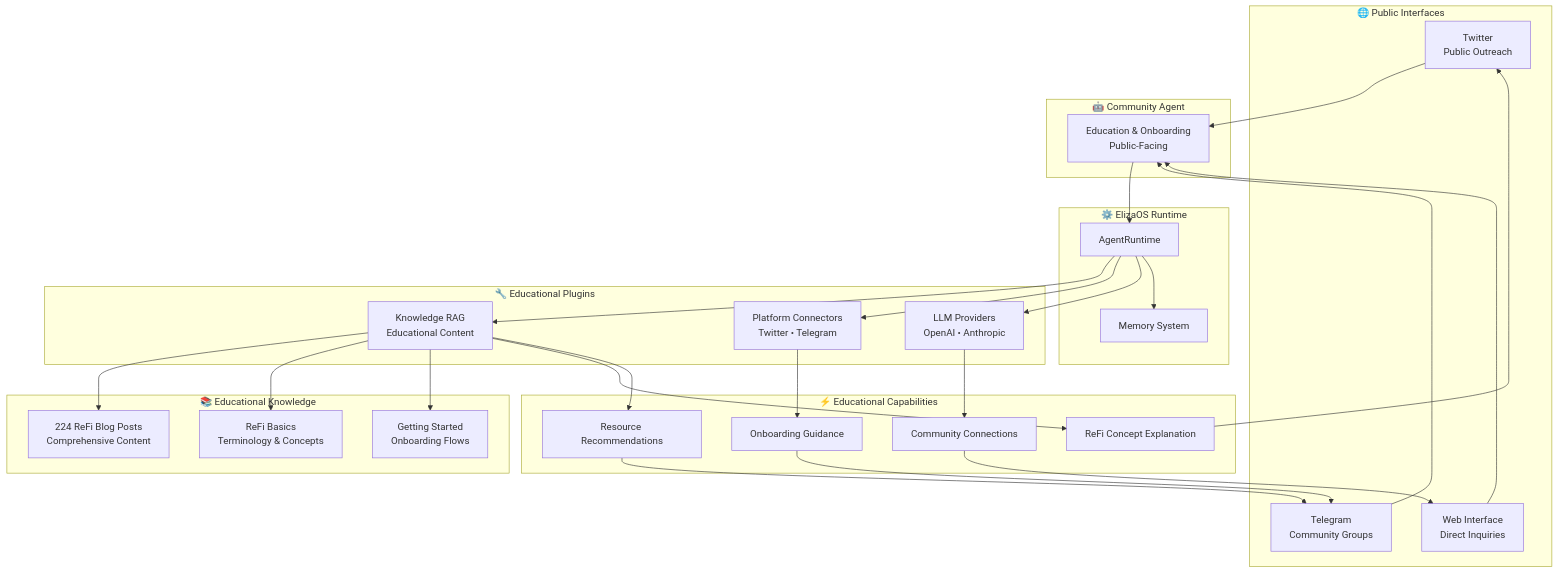
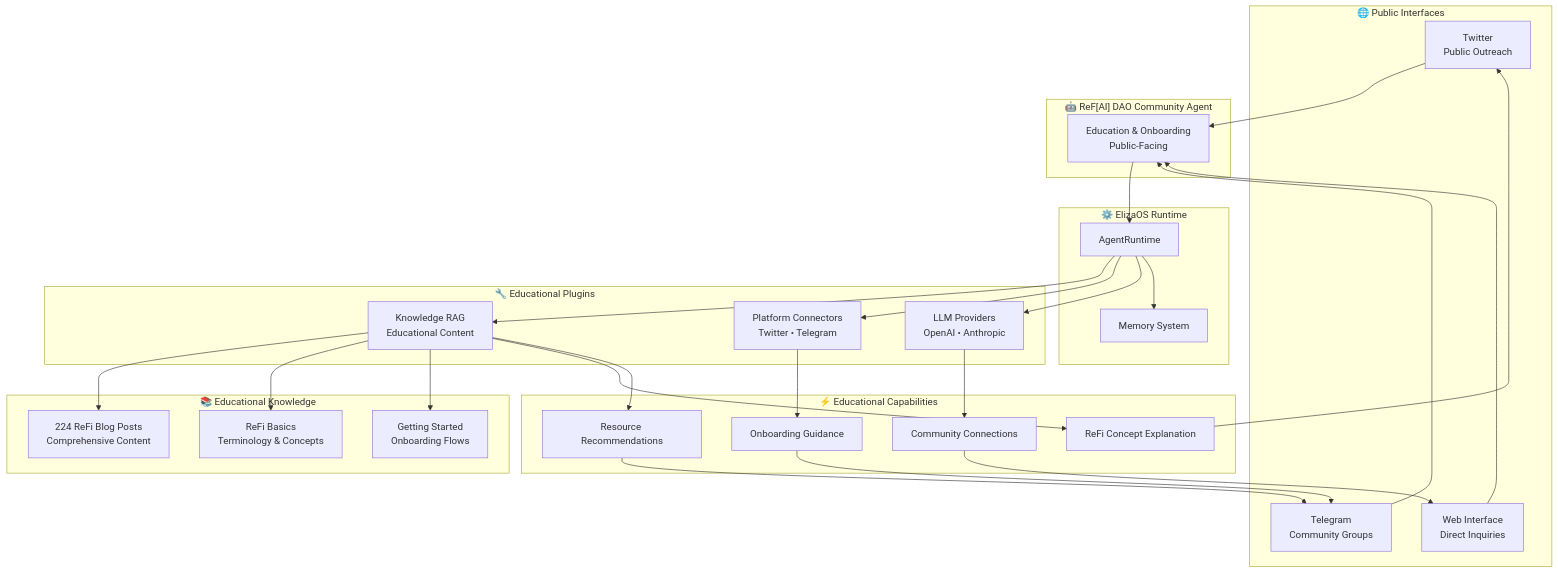
Before and after one commit to ReFiDAO/regen_eliza-refi_dao: the second of 4 diagrams in README.md, drawn with Mermaid. The commit also changed other lines of this file, not shown here.

First line of the commit message:
fix: Restore original ReF[AI] agent naming convention

````diff
--- a/README.md
+++ b/README.md
@@ -114,67 +114,67 @@
 ```mermaid
 graph TB
     %% External Interfaces - Public Focus
     subgraph "🌐 Public Interfaces"
         PUB1[Twitter<br/>Public Outreach]
         PUB2[Telegram<br/>Community Groups]
         PUB3[Web Interface<br/>Direct Inquiries]
     end
     
-    %% Community Agent
-    subgraph "🤖 Community Agent"
+    %% ReF[AI] DAO Community Agent
+    subgraph "🤖 ReF[AI] DAO Community Agent"
         CA[Education & Onboarding<br/>Public-Facing]
     end
     
     %% ElizaOS Runtime
     subgraph "⚙️ ElizaOS Runtime"
         RT1[AgentRuntime]
         MEM1[Memory System]
     end
     
     %% Educational Plugins
     subgraph "🔧 Educational Plugins"
         PLG1[Knowledge RAG<br/>Educational Content]
         PLG2[Platform Connectors<br/>Twitter • Telegram]
         PLG3[LLM Providers<br/>OpenAI • Anthropic]
     end
     
     %% Educational Capabilities
     subgraph "⚡ Educational Capabilities"
         CAP1[ReFi Concept Explanation]
         CAP2[Onboarding Guidance]
         CAP3[Community Connections]
         CAP4[Resource Recommendations]
     end
     
     %% Educational Knowledge
     subgraph "📚 Educational Knowledge"
         KB1[224 ReFi Blog Posts<br/>Comprehensive Content]
         KB2[ReFi Basics<br/>Terminology & Concepts]
         KB3[Getting Started<br/>Onboarding Flows]
     end
     
     %% Data Flow
     PUB1 --> CA
     PUB2 --> CA
     PUB3 --> CA
     
     CA --> RT1
     RT1 --> PLG1
     RT1 --> PLG2
     RT1 --> PLG3
     RT1 --> MEM1
     
     PLG1 --> KB1
     PLG1 --> KB2
     PLG1 --> KB3
     
     PLG1 --> CAP1
     PLG2 --> CAP2
     PLG3 --> CAP3
     PLG1 --> CAP4
     
     CAP1 --> PUB1
     CAP2 --> PUB2
     CAP3 --> PUB3
     CAP4 --> PUB2
 ```
````
